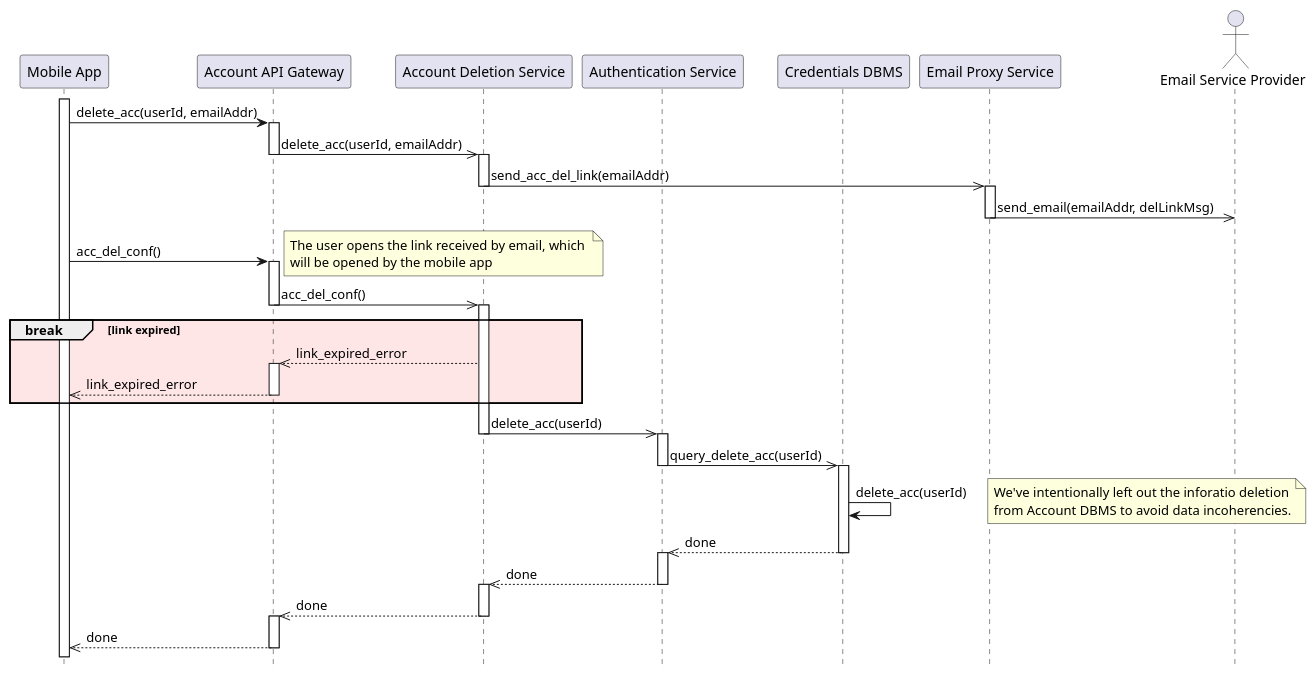
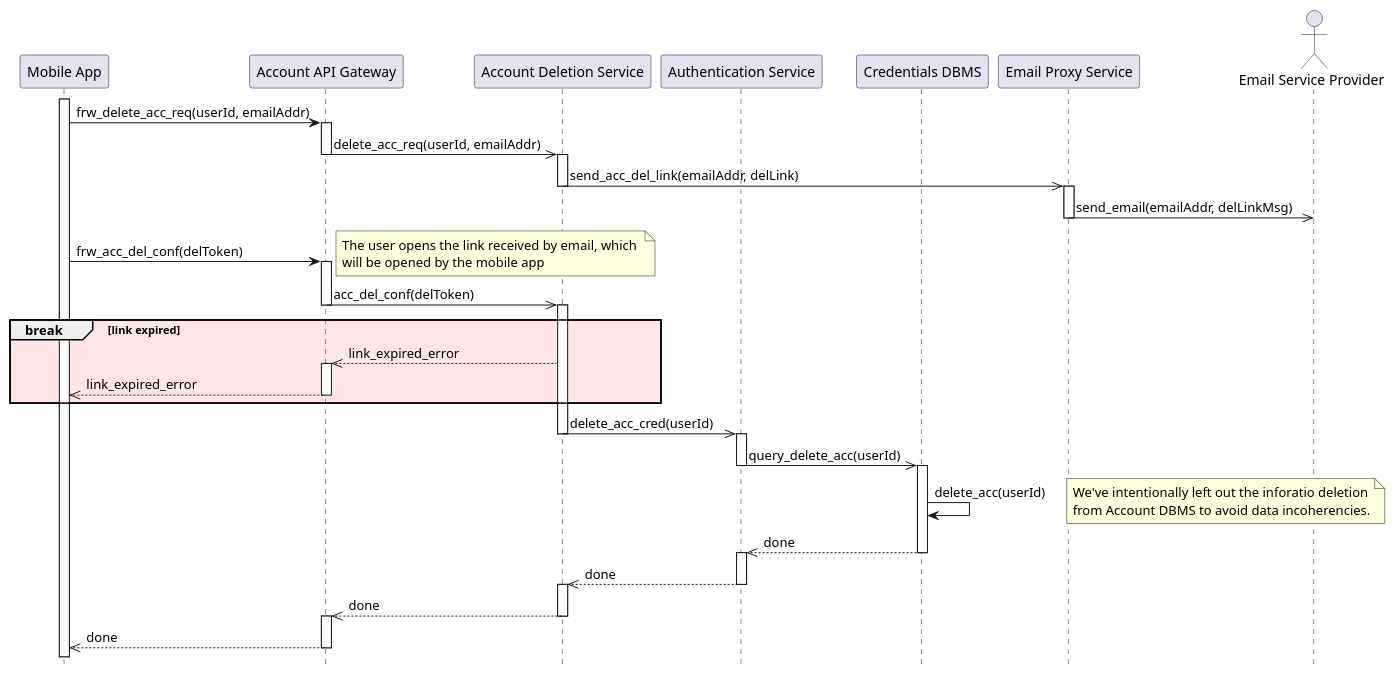
One commit to Guflie/PoliMi-SWE2-RDD-project changed the diagram in diagrams/DD/sequenceDiagram/sd5_account_deletion.puml. Above: the diagram before and after it, drawn with PlantUML. The commit also changed 17 other files, not shown here.

```diff
--- a/diagrams/DD/sequenceDiagram/sd5_account_deletion.puml
+++ b/diagrams/DD/sequenceDiagram/sd5_account_deletion.puml
@@ -1,81 +1,81 @@
 @startuml sd5_account_deletion
 ' Refers to UC5
 hide footbox
 
 participant "Mobile App" as app
 participant "Account API Gateway" as aapi
 participant "Account Deletion Service" as ads
 participant "Authentication Service" as auth
 participant "Credentials DBMS" as dbc
 participant "Email Proxy Service" as emailp
 actor "Email Service Provider" as email
 
 activate app
-app -> aapi : delete_acc(userId, emailAddr)
+app -> aapi : frw_delete_acc_req(userId, emailAddr)
 activate aapi
-aapi ->> ads : delete_acc(userId, emailAddr)
+aapi ->> ads : delete_acc_req(userId, emailAddr)
 deactivate aapi
 activate ads
-ads ->> emailp : send_acc_del_link(emailAddr)
+ads ->> emailp : send_acc_del_link(emailAddr, delLink)
 deactivate ads
 activate emailp
 emailp ->> email : send_email(emailAddr, delLinkMsg)
 deactivate emailp
 
-app -> aapi : acc_del_conf() 
+app -> aapi : frw_acc_del_conf(delToken) 
 note right
     The user opens the link received by email, which 
     will be opened by the mobile app
 end note
 activate aapi
-aapi ->> ads : acc_del_conf()
+aapi ->> ads : acc_del_conf(delToken)
 deactivate aapi
 activate ads
 break #ffe6e6 link expired
     ads -->> aapi : link_expired_error
     activate aapi
     aapi -->> app : link_expired_error
     deactivate aapi
 end
 
-ads ->> auth : delete_acc(userId)
+ads ->> auth : delete_acc_cred(userId)
 deactivate ads
 activate auth
 auth ->> dbc : query_delete_acc(userId)
 deactivate auth
 activate dbc
 dbc -> dbc : delete_acc(userId)
 note right
 We've intentionally left out the inforatio deletion
 from Account DBMS to avoid data incoherencies.
 end note
 dbc -->> auth : done
 deactivate dbc
 activate auth
 auth -->> ads : done
 deactivate auth
 activate ads
 ads -->> aapi : done
 deactivate ads
 activate aapi
 aapi -->> app : done
 deactivate aapi
 
 
 /'
 aapi ->> auth : delete_account(userId)
 deactivate aapi
 activate auth
 auth ->> dbc : query_delete_acc(userId)
 deactivate auth
 activate dbc
 dbc -> dbc : delete_acc(userId)
 dbc -->> auth : delete_conf
 deactivate dbc
 activate auth
 auth -->> aapi : delete_conf
 deactivate auth
 '/
 
 
 @enduml
```
